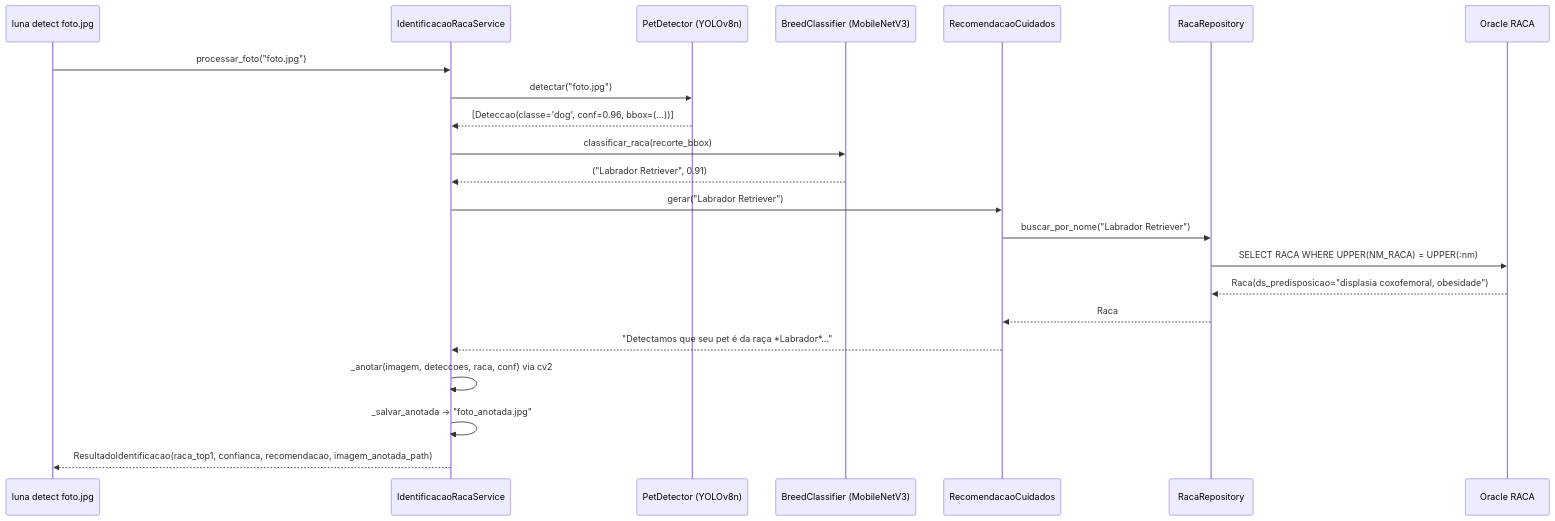
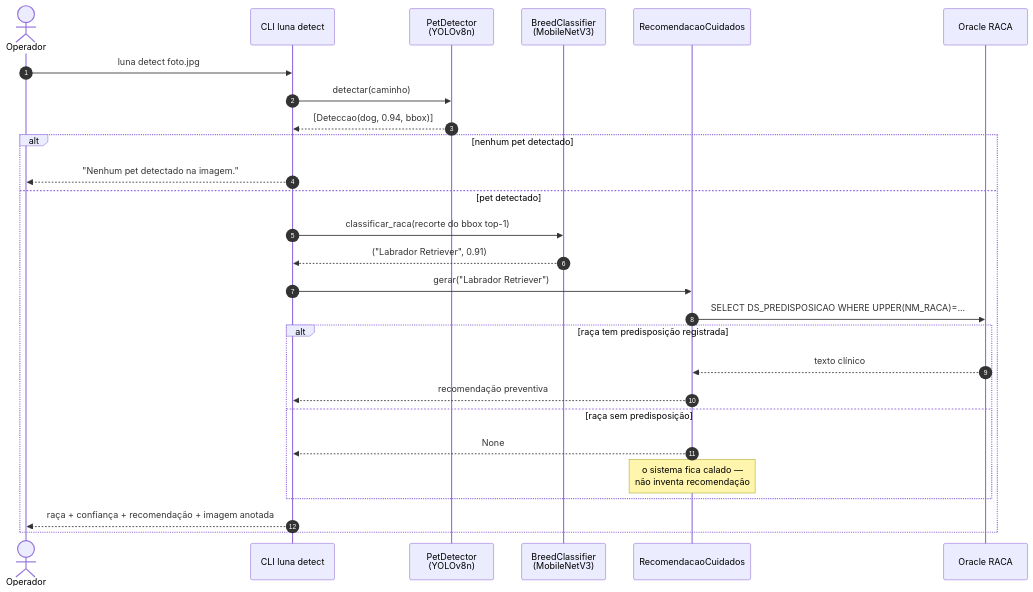
One commit to KURA-Clyvo/kura-luna-ai changed the fourth of 5 diagrams in luna/docs/architecture.md. Above: the diagram before and after it, drawn with Mermaid. The commit also changed other lines of this file and 3 other files, not shown here.

First line of the commit message:
docs(ia): add AI component definition and refresh architecture to v2 scope

````diff
--- a/luna/docs/architecture.md
+++ b/luna/docs/architecture.md
@@ -125,28 +186,33 @@
 ```mermaid
 sequenceDiagram
-    participant CLI  as luna detect foto.jpg
-    participant SVC  as IdentificacaoRacaService
-    participant DET  as PetDetector (YOLOv8n)
-    participant CLS  as BreedClassifier (MobileNetV3)
-    participant REC  as RecomendacaoCuidados
-    participant RR   as RacaRepository
-    participant ORC  as Oracle RACA
+    autonumber
+    actor U as Operador
+    participant C as CLI luna detect
+    participant D as PetDetector<br/>(YOLOv8n)
+    participant B as BreedClassifier<br/>(MobileNetV3)
+    participant R as RecomendacaoCuidados
+    participant O as Oracle RACA
 
-    CLI->>SVC: processar_foto("foto.jpg")
-    SVC->>DET: detectar("foto.jpg")
-    DET-->>SVC: [Deteccao(classe='dog', conf=0.96, bbox=(...))]
+    U->>C: luna detect foto.jpg
+    C->>D: detectar(caminho)
+    D-->>C: [Deteccao(dog, 0.94, bbox)]
 
-    SVC->>CLS: classificar_raca(recorte_bbox)
-    CLS-->>SVC: ("Labrador Retriever", 0.91)
+    alt nenhum pet detectado
+        C-->>U: "Nenhum pet detectado na imagem."
+    else pet detectado
+        C->>B: classificar_raca(recorte do bbox top-1)
+        B-->>C: ("Labrador Retriever", 0.91)
+        C->>R: gerar("Labrador Retriever")
+        R->>O: SELECT DS_PREDISPOSICAO WHERE UPPER(NM_RACA)=...
 
-    SVC->>REC: gerar("Labrador Retriever")
-    REC->>RR: buscar_por_nome("Labrador Retriever")
-    RR->>ORC: SELECT RACA WHERE UPPER(NM_RACA) = UPPER(:nm)
-    ORC-->>RR: Raca(ds_predisposicao="displasia coxofemoral, obesidade")
-    RR-->>REC: Raca
-    REC-->>SVC: "Detectamos que seu pet é da raça *Labrador*..."
+        alt raça tem predisposição registrada
+            O-->>R: texto clínico
+            R-->>C: recomendação preventiva
+        else raça sem predisposição
+            R-->>C: None
+            Note over R: o sistema fica calado —<br/>não inventa recomendação
+        end
 
-    SVC->>SVC: _anotar(imagem, deteccoes, raca, conf) via cv2
-    SVC->>SVC: _salvar_anotada → "foto_anotada.jpg"
-    SVC-->>CLI: ResultadoIdentificacao(raca_top1, confianca, recomendacao, imagem_anotada_path)
+        C-->>U: raça + confiança + recomendação + imagem anotada
+    end
 ```
````
